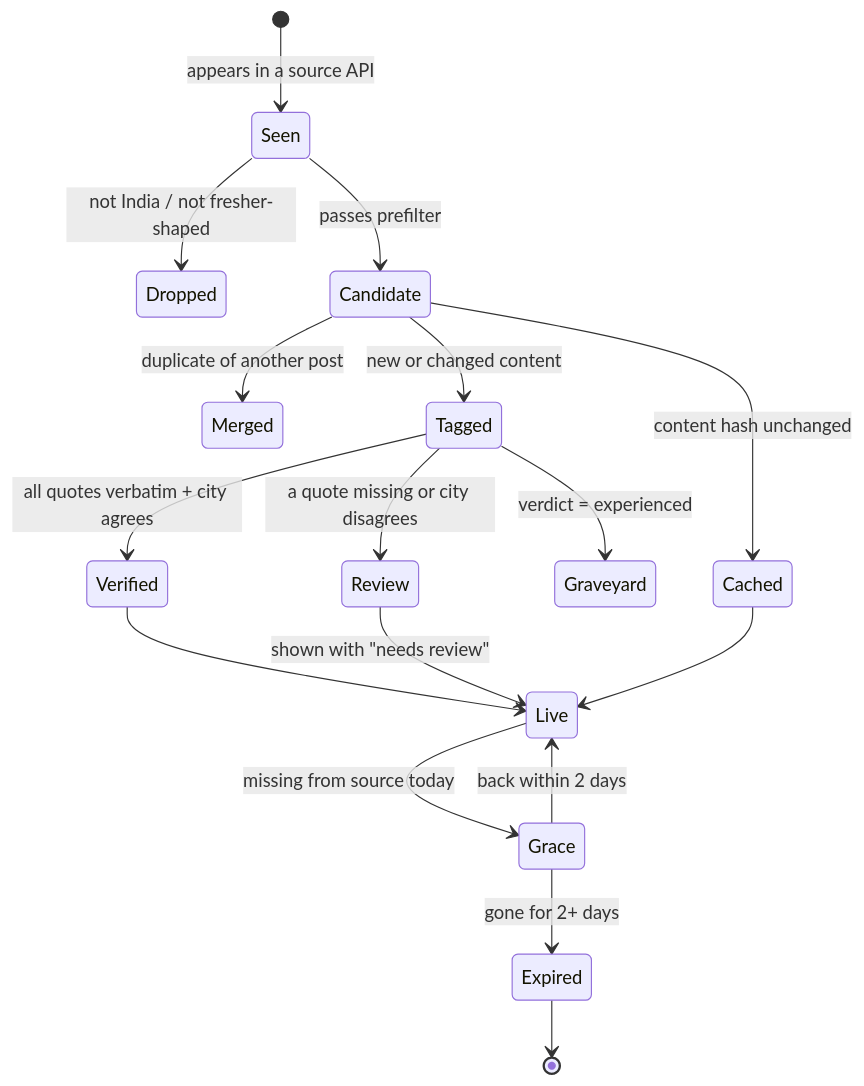
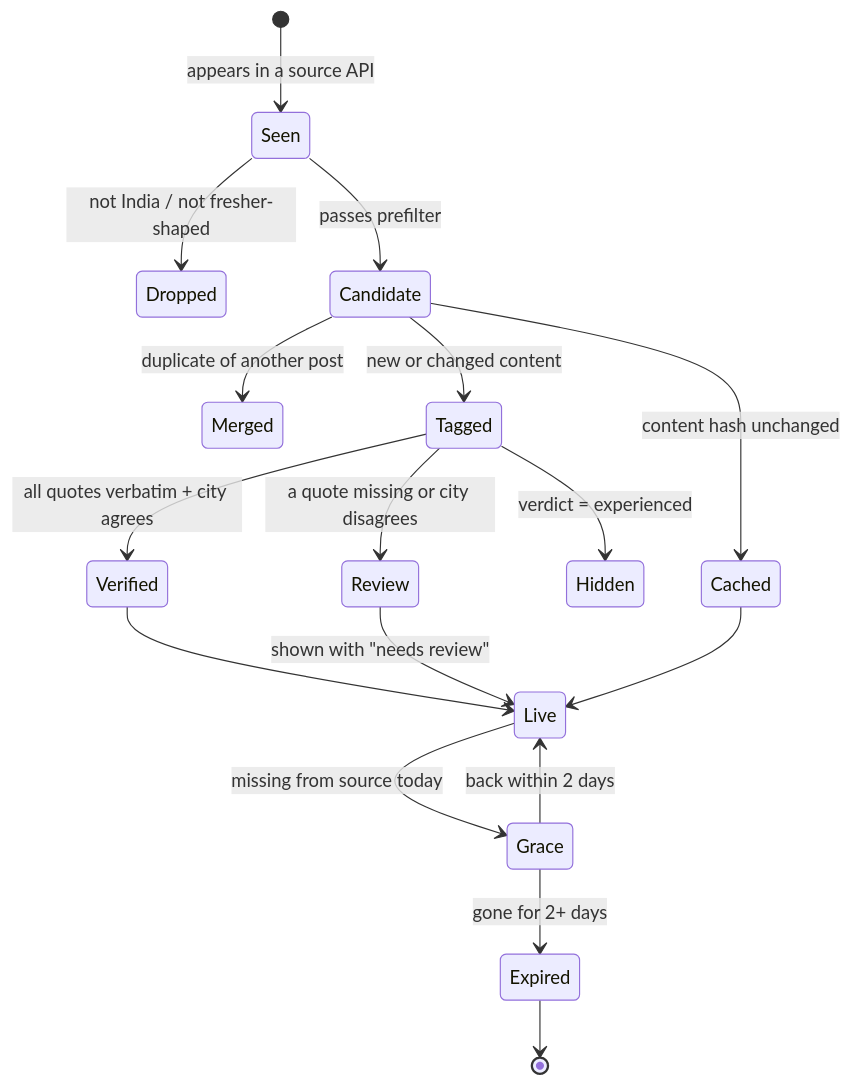
One commit to parikhrjt/beep_assignment changed the fourth of 6 diagrams in README.md. Above: the diagram before and after it, drawn with Mermaid. The commit also changed other lines of this file and 37 other files, not shown here.

````diff
--- a/README.md
+++ b/README.md
@@ -191,19 +215,19 @@
 ```mermaid
 stateDiagram-v2
   [*] --> Seen: appears in a source API
   Seen --> Dropped: not India / not fresher-shaped
   Seen --> Candidate: passes prefilter
   Candidate --> Merged: duplicate of another post
   Candidate --> Tagged: new or changed content
   Candidate --> Cached: content hash unchanged
   Tagged --> Verified: all quotes verbatim + city agrees
   Tagged --> Review: a quote missing or city disagrees
   Verified --> Live
   Review --> Live: shown with "needs review"
   Cached --> Live
-  Tagged --> Graveyard: verdict = experienced
+  Tagged --> Hidden: verdict = experienced
   Live --> Grace: missing from source today
   Grace --> Live: back within 2 days
   Grace --> Expired: gone for 2+ days
   Expired --> [*]
 ```
````
